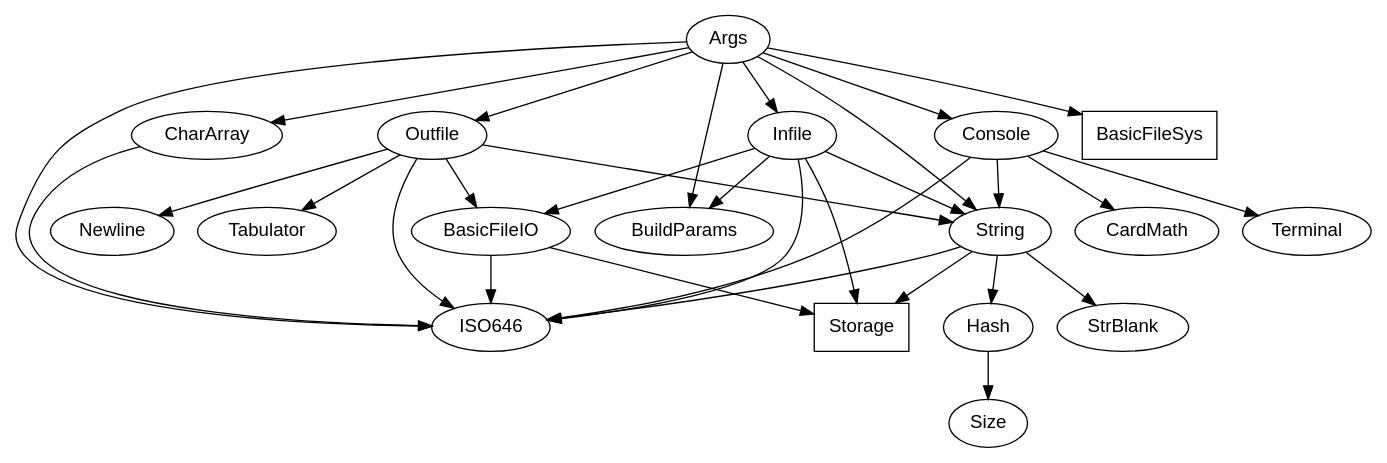
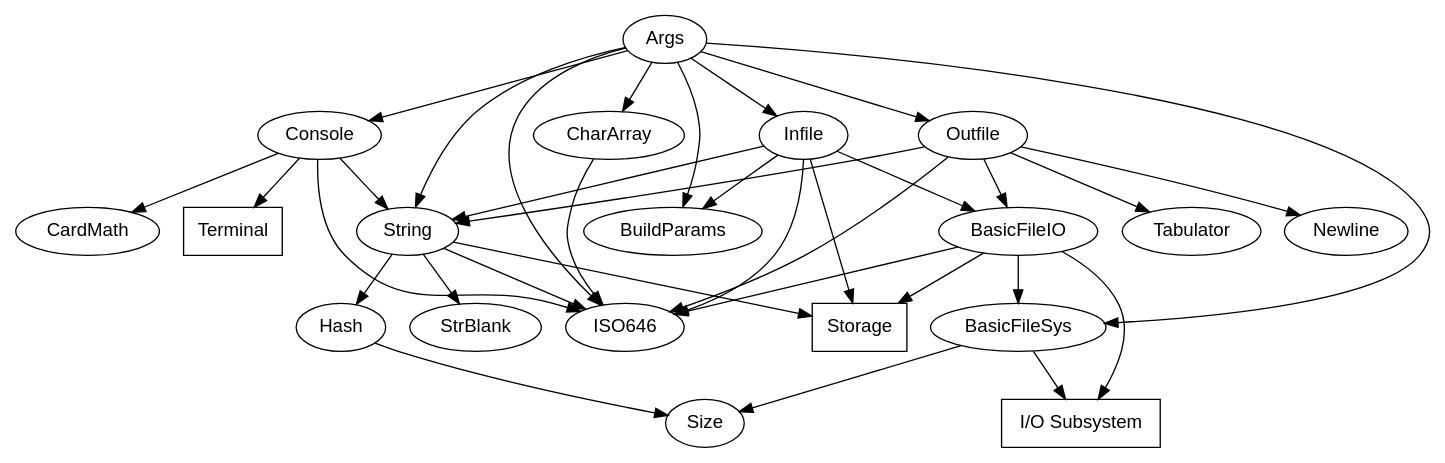
Before and after one commit to m2sf/M2PP-Module-Dependency-Graphs: the diagram in Args.dep.dot, drawn with Graphviz. The commit also changed 8 other files, not shown here.

```diff
--- a/Args.dep.dot
+++ b/Args.dep.dot
@@ -1,54 +1,62 @@
 digraph ArgsImports {
   node [fontname=helvetica];
   
   Args -> {
     BuildParams CharArray Console BasicFileSys Infile ISO646 Outfile String
   };
   
   BuildParams; /* no dependencies */
   
   CharArray -> {
     ISO646
   };
   
   ISO646; /* no dependencies */
   
   Console -> {
     CardMath ISO646 String Terminal
   };
   
   CardMath; /* no dependencies */
   
   String -> {
     Hash ISO646 Storage StrBlank
   };
   
   Hash -> {
     Size
   };
   
   Size; /* no dependencies */
   
   Storage [shape=box]; /* stdlib */
   
   StrBlank; /* no dependencies */  
   
-  BasicFileSys [shape=box];
+  Terminal [shape=box]; /* stdlib */
+  
+  BasicFileSys -> {
+    Size IOSubsystem
+  };
+    
+  IOSubsystem [label="I/O Subsystem";shape=box];
   
   Infile -> {
     BasicFileIO BuildParams ISO646 Storage String
   };
   
   BasicFileIO -> {
-    ISO646 Storage
+    BasicFileSys IOSubsystem ISO646 Storage
   };
+    
+  Storage [shape=box]; /* stdlib */
   
   Outfile -> {
     BasicFileIO ISO646 Newline String Tabulator
   };
   
   Newline; /* no dependencies */  
   
   Tabulator; /* no dependencies */  
   
 } /* Args */
```
